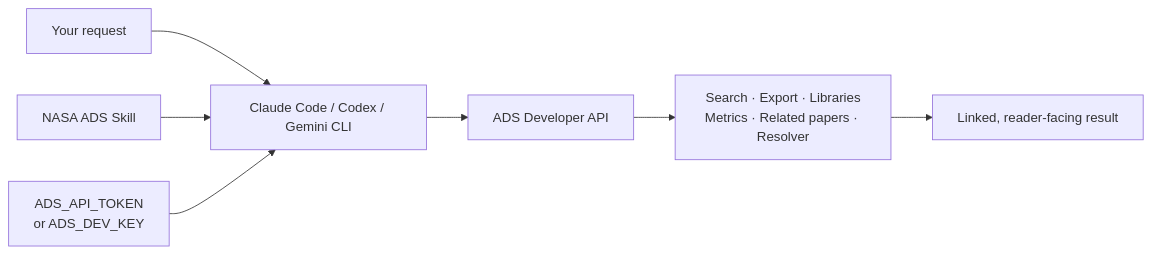
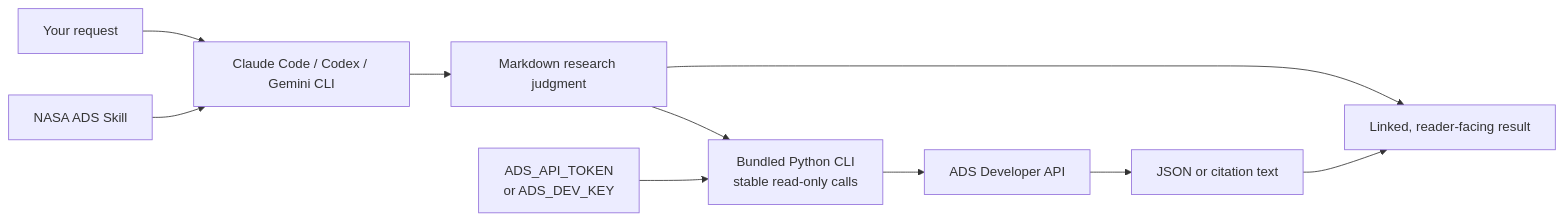
Before and after one commit to SukiYume/nasa-ads-skill: the diagram in README.md, drawn with Mermaid. The commit also changed other lines of this file and 14 other files, not shown here.

Commit message:
feat: add bundled NASA ADS API CLI

````diff
--- a/README.md
+++ b/README.md
@@ -57,9 +59,12 @@
 ```mermaid
 flowchart LR
     A["Your request"] --> B["Claude Code / Codex / Gemini CLI"]
     S["NASA ADS Skill"] --> B
-    T["ADS_API_TOKEN<br/>or ADS_DEV_KEY"] --> B
-    B --> C["ADS Developer API"]
-    C --> D["Search · Export · Libraries<br/>Metrics · Related papers · Resolver"]
-    D --> E["Linked, reader-facing result"]
+    B --> M["Markdown research judgment"]
+    M --> P["Bundled Python CLI<br/>stable read-only calls"]
+    T["ADS_API_TOKEN<br/>or ADS_DEV_KEY"] --> P
+    P --> C["ADS Developer API"]
+    C --> D["JSON or citation text"]
+    M --> E["Linked, reader-facing result"]
+    D --> E
 ```
````
